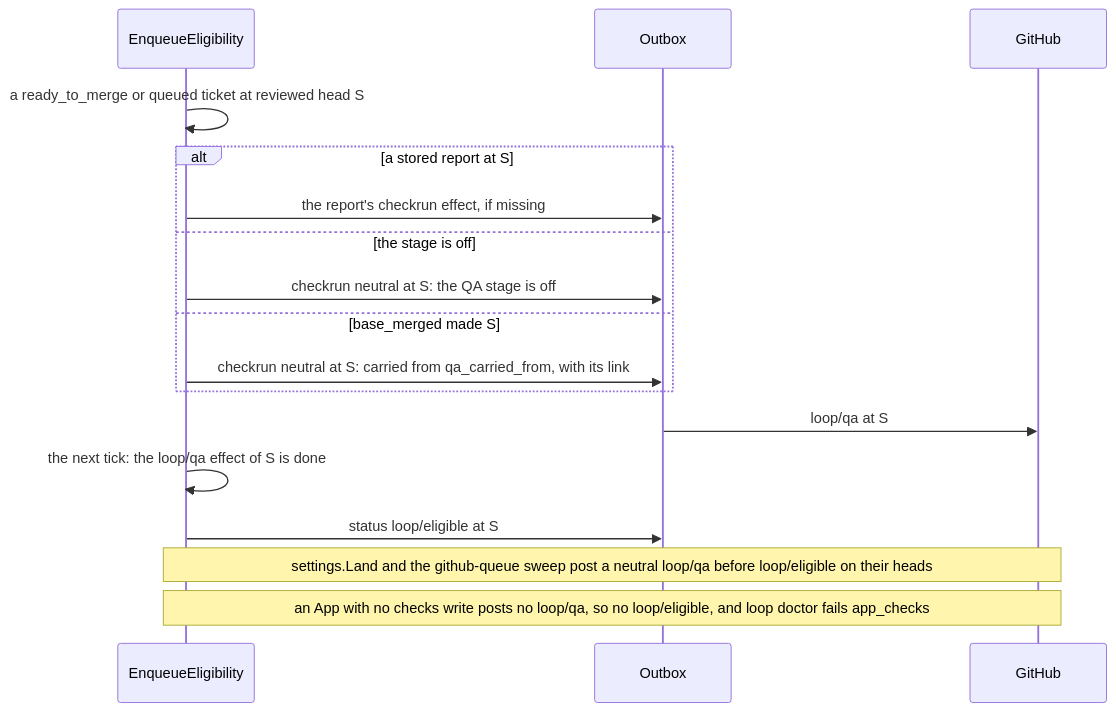
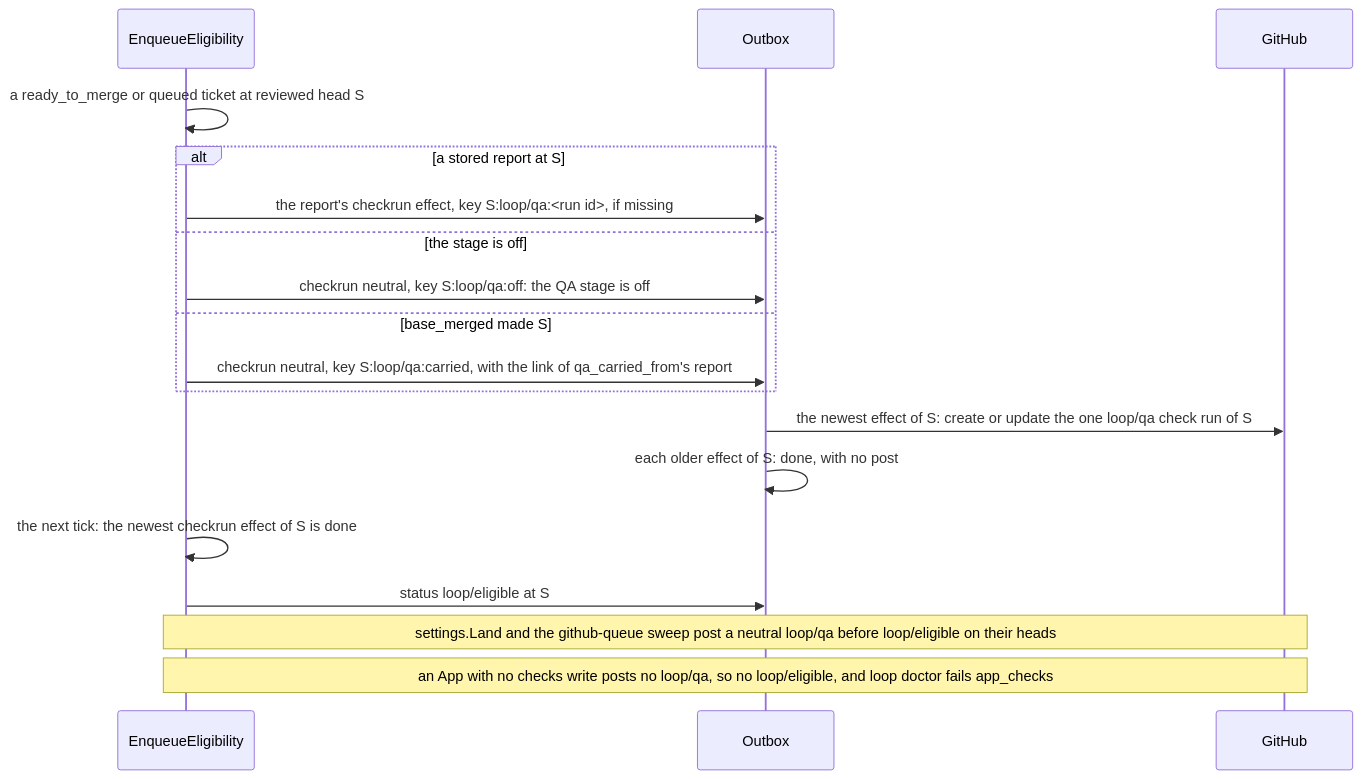
The fourth of 5 diagrams in docs/plans/factorio-nhb5-qa-stage-spec.md (iantanwx/factory), drawn with Mermaid before and after one commit. The commit also changed other lines of this file, not shown here.

First line of the commit message:
docs(spec): give each loop/qa post its own outbox key

````diff
--- a/docs/plans/factorio-nhb5-qa-stage-spec.md
+++ b/docs/plans/factorio-nhb5-qa-stage-spec.md
@@ -645,19 +701,20 @@
 ```mermaid
 sequenceDiagram
     participant E as EnqueueEligibility
     participant O as Outbox
     participant G as GitHub
     E->>E: a ready_to_merge or queued ticket at reviewed head S
     alt a stored report at S
-        E->>O: the report's checkrun effect, if missing
+        E->>O: the report's checkrun effect, key S:loop/qa:<run id>, if missing
     else the stage is off
-        E->>O: checkrun neutral at S: the QA stage is off
+        E->>O: checkrun neutral, key S:loop/qa:off: the QA stage is off
     else base_merged made S
-        E->>O: checkrun neutral at S: carried from qa_carried_from, with its link
+        E->>O: checkrun neutral, key S:loop/qa:carried, with the link of qa_carried_from's report
     end
-    O->>G: loop/qa at S
-    E->>E: the next tick: the loop/qa effect of S is done
+    O->>G: the newest effect of S: create or update the one loop/qa check run of S
+    O->>O: each older effect of S: done, with no post
+    E->>E: the next tick: the newest checkrun effect of S is done
     E->>O: status loop/eligible at S
     Note over E,G: settings.Land and the github-queue sweep post a neutral loop/qa before loop/eligible on their heads
     Note over E,G: an App with no checks write posts no loop/qa, so no loop/eligible, and loop doctor fails app_checks
 ```
````
